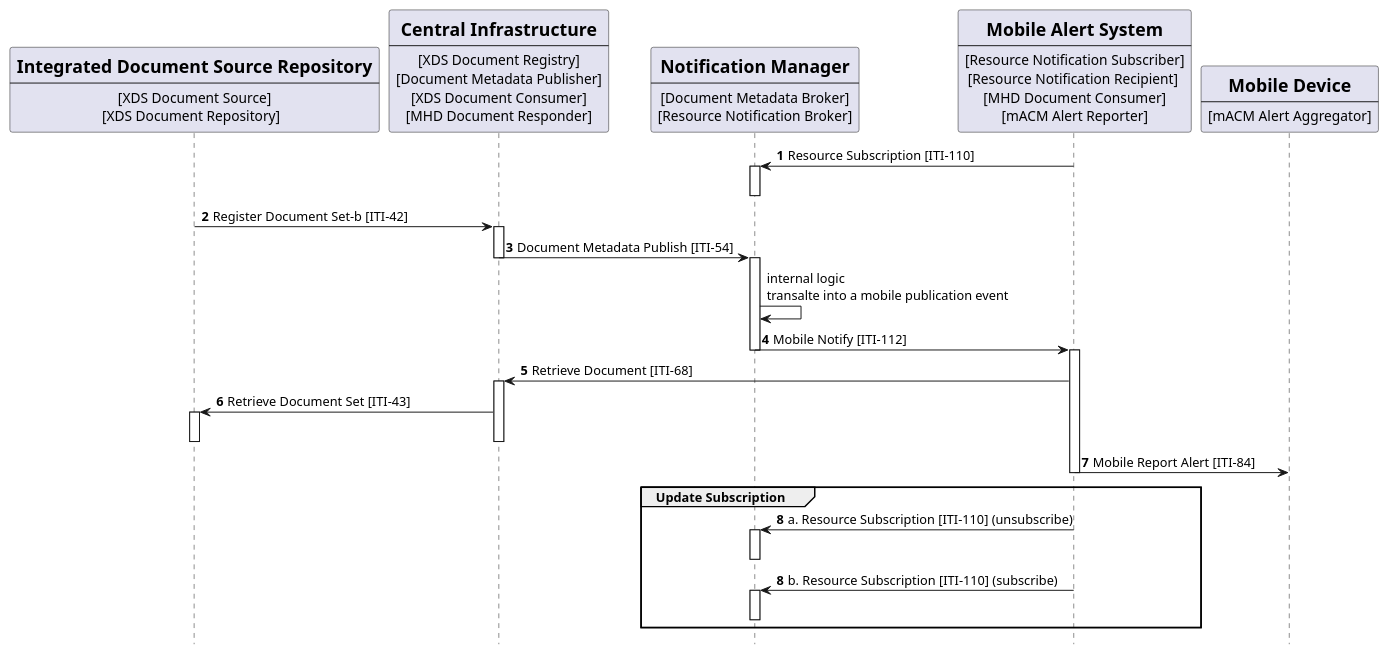
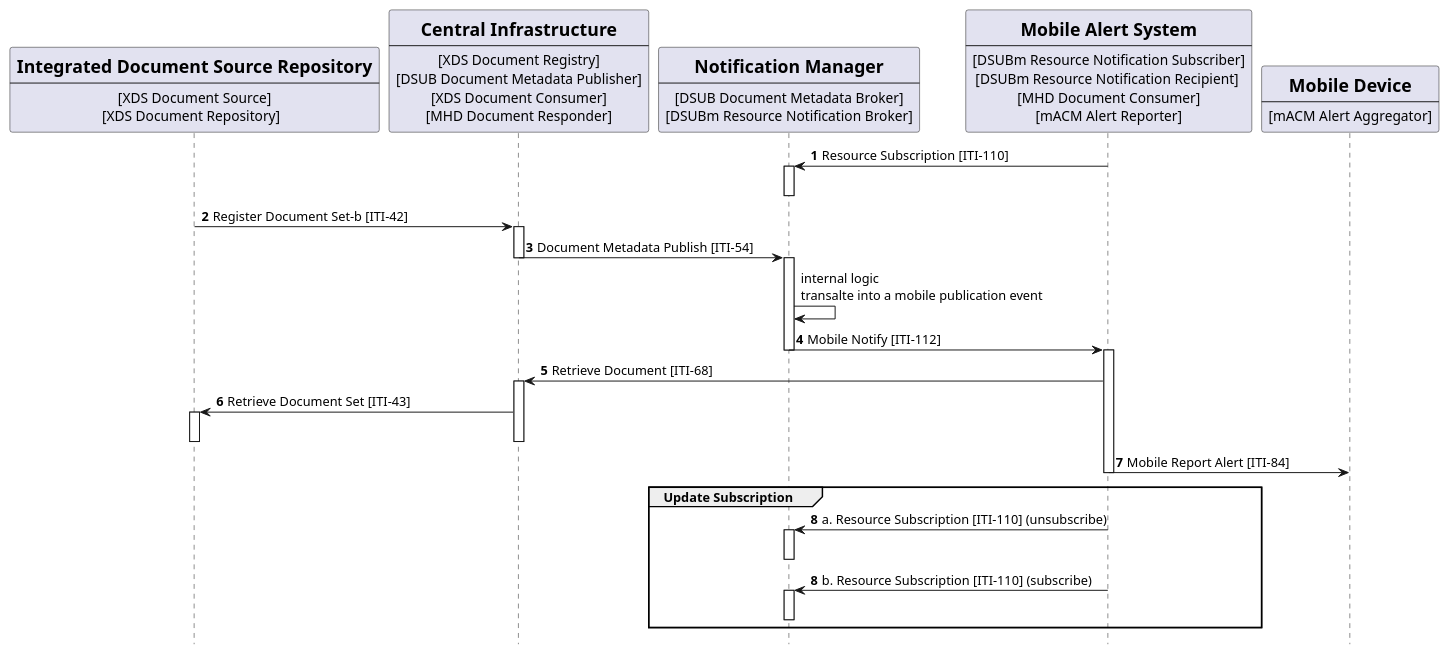
One commit to IHE/ITI.DSUBm changed the diagram in input/images-source/usecase5-processflow.plantuml. Above: the diagram before and after it, drawn with PlantUML. The commit also changed 7 other files, not shown here.

Commit message:
update vol1 uml

```diff
--- a/input/images-source/usecase5-processflow.plantuml
+++ b/input/images-source/usecase5-processflow.plantuml
@@ -1,83 +1,84 @@
 @startuml
 skinparam svgDimensionStyle false
 hide footbox
+/' DEPRECATED '/
 /'title "Subscription with DSUBm on DSUB infrastructure from Mobile Device" '/
 
 
 participant Repository [
     =Integrated Document Source Repository
     ----
     [XDS Document Source]
     [XDS Document Repository]  
 ] 
 
 participant Central [
     =Central Infrastructure
     ----
     [XDS Document Registry]
-    [Document Metadata Publisher]
+    [DSUB Document Metadata Publisher]
     [XDS Document Consumer]
     [MHD Document Responder]
 ] 
 
 participant Broker [
     =Notification Manager
     ----
-    [Document Metadata Broker]
-    [Resource Notification Broker]
+    [DSUB Document Metadata Broker]
+    [DSUBm Resource Notification Broker]
 ] 
 
 
 participant MobDevice [
     =Mobile Alert System 
     ----
-    [Resource Notification Subscriber]
-    [Resource Notification Recipient] 
+    [DSUBm Resource Notification Subscriber]
+    [DSUBm Resource Notification Recipient] 
     [MHD Document Consumer]
     [mACM Alert Reporter]
 ] 
 
 participant Device [
     =Mobile Device
     ----
     [mACM Alert Aggregator]
 ] 
 
 autonumber "<b>"
 MobDevice -> Broker: Resource Subscription [ITI-110]
 activate Broker
 deactivate Broker
 Repository -> Central: Register Document Set-b [ITI-42]
 activate Central
 Central -> Broker:  Document Metadata Publish [ITI-54]
 deactivate Central
 activate Broker
 autonumber stop 
 Broker -> Broker: internal logic\ntransalte into a mobile publication event
 autonumber 4 "<b>"
 Broker  -> MobDevice: Mobile Notify [ITI-112]
 deactivate Broker
 
 activate MobDevice
 MobDevice -> Central: Retrieve Document [ITI-68]
 activate Central
 Central -> Repository: Retrieve Document Set [ITI-43]
 activate Repository
 deactivate Repository
 deactivate Central
 MobDevice -> Device: Mobile Report Alert [ITI-84]
 deactivate MobDevice
 
 group Update Subscription
   autonumber stop
   autonumber 8 "<b>"
   MobDevice -> Broker: a. Resource Subscription [ITI-110] (unsubscribe)
   activate Broker
   deactivate Broker
   autonumber 8 "<b>"
   MobDevice -> Broker: b. Resource Subscription [ITI-110] (subscribe)
   activate Broker
   deactivate Broker
 end  
 
 @enduml
```
